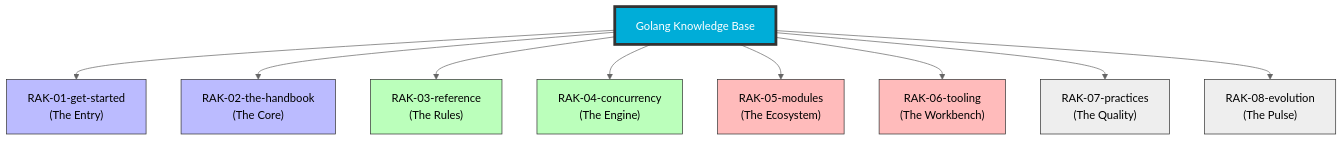
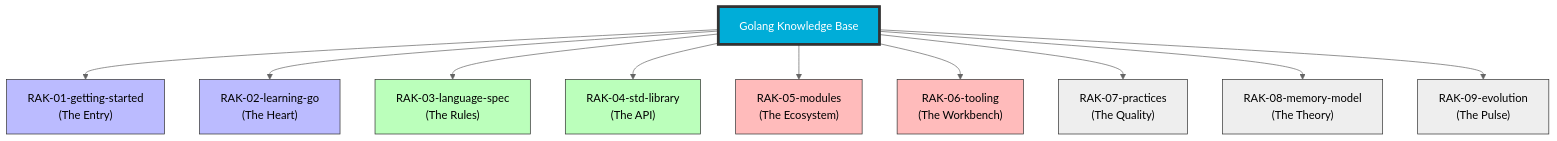
The diagram in README.md (syahputrawork98-sketch/Golang-Knowledge-Base), drawn with Mermaid (neutral theme) before and after one commit. The commit also changed other lines of this file and 2 other files, not shown here.

Commit message:
feat: Expand the RAK structure to 9 racks, rename existing racks, and establish a new documentation hub.

````diff
--- a/README.md
+++ b/README.md
@@ -39,32 +39,35 @@
 ```mermaid
 graph TD
     Root["Golang Knowledge Base"]
     
-    RAK01["RAK-01-get-started<br/>(The Entry)"]
-    RAK02["RAK-02-the-handbook<br/>(The Core)"]
-    RAK03["RAK-03-reference<br/>(The Rules)"]
-    RAK04["RAK-04-concurrency<br/>(The Engine)"]
+    RAK01["RAK-01-getting-started<br/>(The Entry)"]
+    RAK02["RAK-02-learning-go<br/>(The Heart)"]
+    RAK03["RAK-03-language-spec<br/>(The Rules)"]
+    RAK04["RAK-04-std-library<br/>(The API)"]
     RAK05["RAK-05-modules<br/>(The Ecosystem)"]
     RAK06["RAK-06-tooling<br/>(The Workbench)"]
     RAK07["RAK-07-practices<br/>(The Quality)"]
-    RAK08["RAK-08-evolution<br/>(The Pulse)"]
+    RAK08["RAK-08-memory-model<br/>(The Theory)"]
+    RAK09["RAK-09-evolution<br/>(The Pulse)"]
     
     Root --> RAK01
     Root --> RAK02
     Root --> RAK03
     Root --> RAK04
     Root --> RAK05
     Root --> RAK06
     Root --> RAK07
     Root --> RAK08
+    Root --> RAK09
     
     style Root fill:#00ADD8,stroke:#333,stroke-width:4px,color:#fff
     style RAK01 fill:#bbf,stroke:#333
     style RAK02 fill:#bbf,stroke:#333
     style RAK03 fill:#bfb,stroke:#333
     style RAK04 fill:#bfb,stroke:#333
     style RAK05 fill:#fbb,stroke:#333
     style RAK06 fill:#fbb,stroke:#333
     style RAK07 fill:#eee,stroke:#333
     style RAK08 fill:#eee,stroke:#333
+    style RAK09 fill:#eee,stroke:#333
 ```
````
